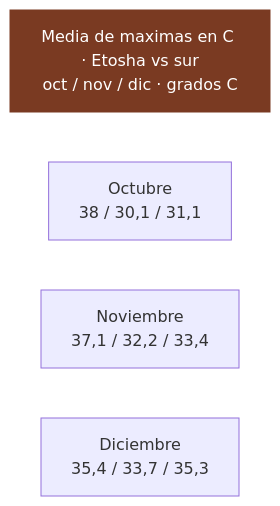
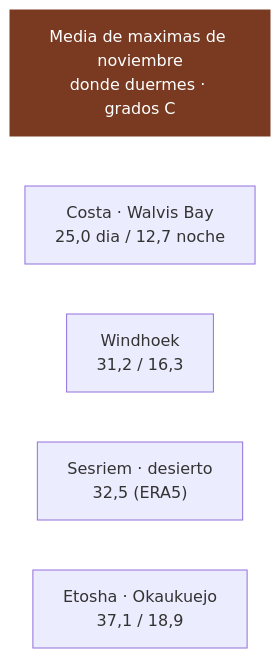
One commit to morandeirachema/namibia changed the diagram in 15-huecos-cerrados.md. Above: the diagram before and after it, drawn with Mermaid. The commit also changed other lines of this file and 10 other files, not shown here.

````diff
--- a/15-huecos-cerrados.md
+++ b/15-huecos-cerrados.md
@@ -60,11 +28,13 @@
 ```mermaid
 flowchart TD
-    T["Media de maximas en C · Etosha vs sur<br/>oct / nov / dic · grados C"]
-    n0["Octubre<br/>38 / 30,1 / 31,1"]
-    n1["Noviembre<br/>37,1 / 32,2 / 33,4"]
-    n2["Diciembre<br/>35,4 / 33,7 / 35,3"]
+    T["Media de maximas de noviembre<br/>donde duermes · grados C"]
+    n0["Costa · Walvis Bay<br/>25,0 dia / 12,7 noche"]
+    n1["Windhoek<br/>31,2 / 16,3"]
+    n2["Sesriem · desierto<br/>32,5 (ERA5)"]
+    n3["Etosha · Okaukuejo<br/>37,1 / 18,9"]
     T ~~~ n0
     n0 ~~~ n1
     n1 ~~~ n2
+    n2 ~~~ n3
     style T fill:#7a3a22,color:#fff,stroke:#7a3a22
 ```
````
